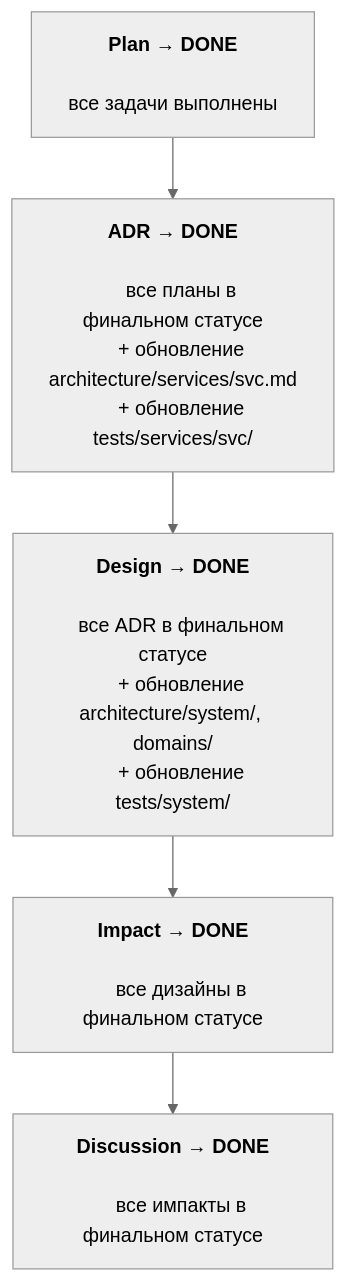
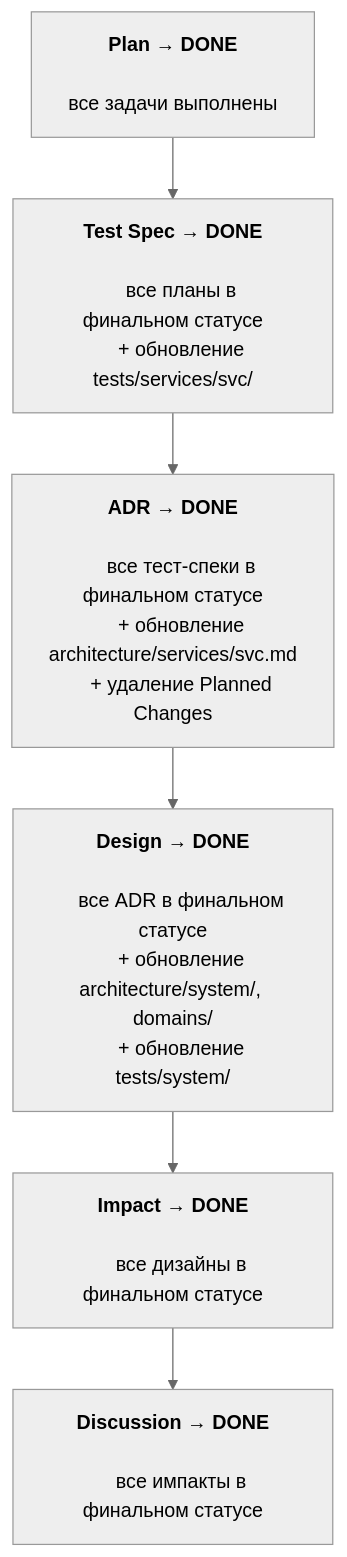
One commit to NSEvteev/FullSpec changed the fifth of 5 diagrams in .claude/drafts/2026-02-08-specs-architecture.md. Above: the diagram before and after it, drawn with Mermaid (neutral theme). The commit also changed other lines of this file and 1 other file, not shown here.

````diff
--- a/.claude/drafts/2026-02-08-specs-architecture.md
+++ b/.claude/drafts/2026-02-08-specs-architecture.md
@@ -627,31 +718,37 @@
 ```mermaid
 graph TD
     PD["<b>Plan → DONE</b>
 
     все задачи выполнены"]
 
+    TD["<b>Test Spec → DONE</b>
+
+    все планы в финальном статусе
+    + обновление tests/services/svc/"]
+
     AD["<b>ADR → DONE</b>
 
-    все планы в финальном статусе
+    все тест-спеки в финальном статусе
     + обновление architecture/services/svc.md
-    + обновление tests/services/svc/"]
+    + удаление Planned Changes"]
 
     DD["<b>Design → DONE</b>
 
     все ADR в финальном статусе
     + обновление architecture/system/, domains/
     + обновление tests/system/"]
 
     ID["<b>Impact → DONE</b>
 
     все дизайны в финальном статусе"]
 
     DISCD["<b>Discussion → DONE</b>
 
     все импакты в финальном статусе"]
 
-    PD --> AD
+    PD --> TD
+    TD --> AD
     AD --> DD
     DD --> ID
     ID --> DISCD
 ```
````
